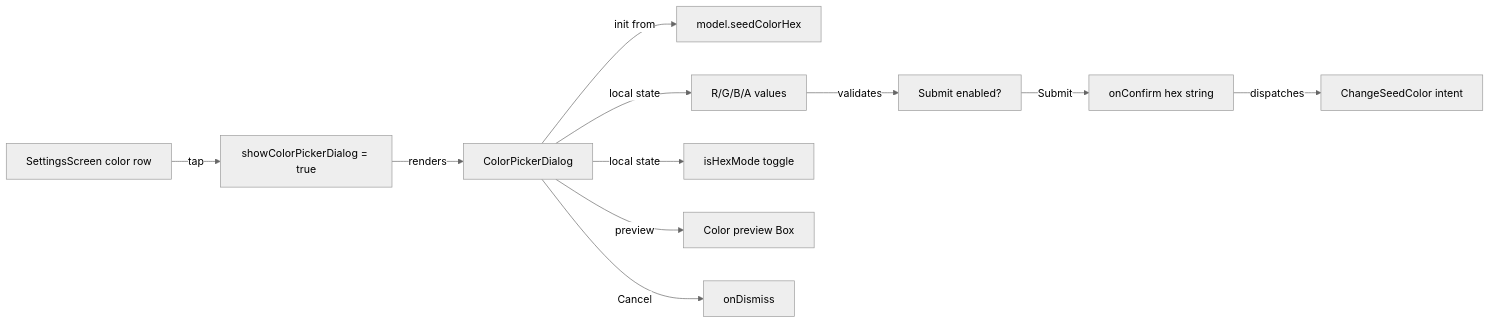
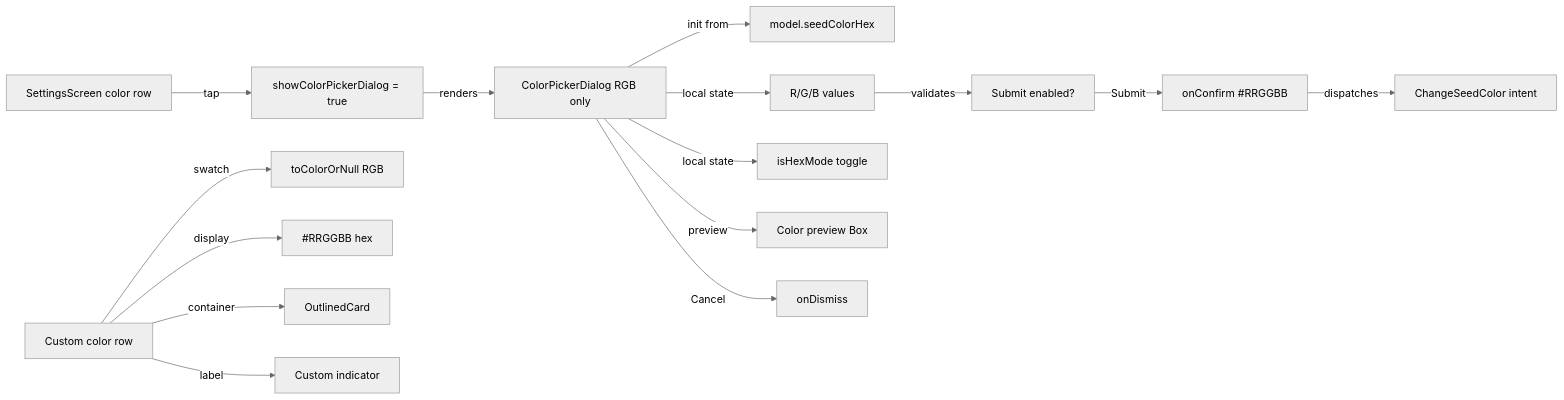
One commit to fnc314/ai-job-search changed the diagram in frontend/.agents/plans/2026-11-11/185500_config-change-nav-and-settings-color-ux.md. Above: the diagram before and after it, drawn with Mermaid (neutral theme). The commit also changed other lines of this file and 3 other files, not shown here.

First line of the commit message:
fix(settings): remove non-functional alpha channel from color picker dialog

````diff
--- a/frontend/.agents/plans/2026-11-11/185500_config-change-nav-and-settings-color-ux.md
+++ b/frontend/.agents/plans/2026-11-11/185500_config-change-nav-and-settings-color-ux.md
@@ -92,13 +152,17 @@
 ```mermaid
 graph LR
   A[SettingsScreen color row] -->|tap| B[showColorPickerDialog = true]
-  B -->|renders| C[ColorPickerDialog]
+  B -->|renders| C[ColorPickerDialog RGB only]
   C -->|init from| D[model.seedColorHex]
-  C -->|local state| E[R/G/B/A values]
+  C -->|local state| E[R/G/B values]
   C -->|local state| F[isHexMode toggle]
   E -->|validates| G[Submit enabled?]
   C -->|preview| H[Color preview Box]
-  G -->|Submit| I[onConfirm hex string]
+  G -->|Submit| I[onConfirm #RRGGBB]
   I -->|dispatches| J[ChangeSeedColor intent]
   C -->|Cancel| K[onDismiss]
+  L[Custom color row] -->|swatch| M[toColorOrNull RGB]
+  L -->|display| N[#RRGGBB hex]
+  L -->|container| O[OutlinedCard]
+  L -->|label| P["Custom" indicator]
 ```
````
